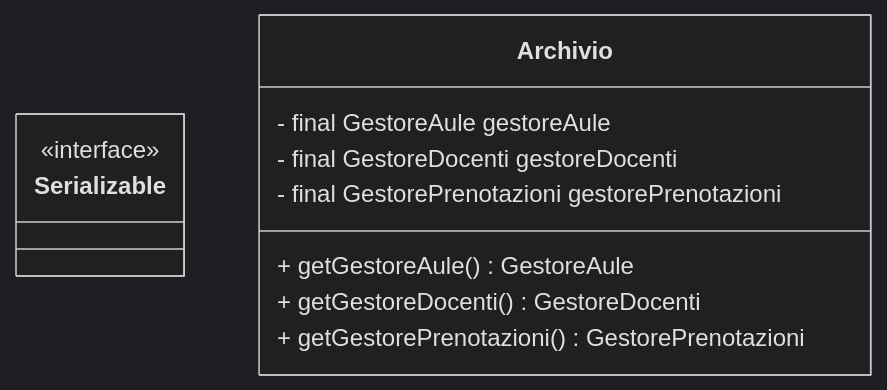
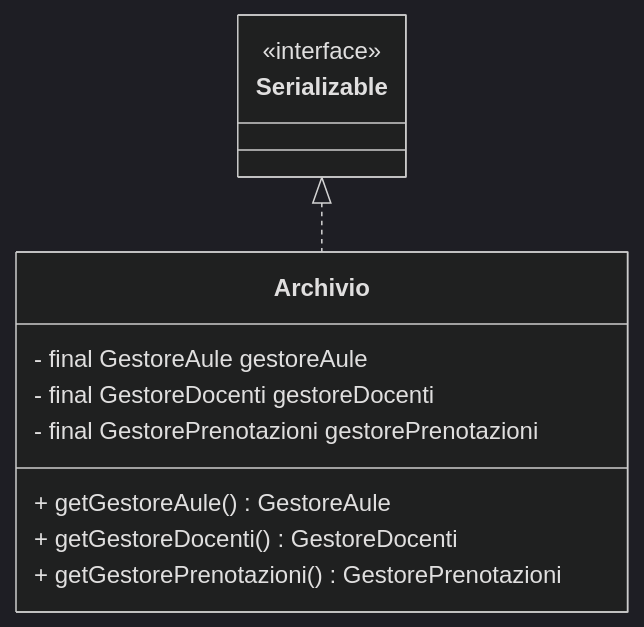
Before and after one commit to gcarbone48/PrenotazioneAule5: the diagram in diagrams/class diagrams/archivioClassDiagram.md, drawn with Mermaid (dark theme). The commit also changed 1 other file, not shown here.

Commit message:
FEAT:  - aggiunta interfaccia Serializable in gestorePrenotazioniClassDiagram.md  - aggiunta relazione tra Serializable e archivio in archivioClassDiagram.md

````diff
--- a/diagrams/class diagrams/archivioClassDiagram.md
+++ b/diagrams/class diagrams/archivioClassDiagram.md
@@ -1,20 +1,22 @@
 ```mermaid
 classDiagram
 
     class Serializable {
              <<interface>>
     }
+
+    Serializable <|.. Archivio
 
     class Archivio{
     - final GestoreAule gestoreAule
     - final GestoreDocenti gestoreDocenti
     - final GestorePrenotazioni gestorePrenotazioni
 
     %% getter
     
     + getGestoreAule() GestoreAule
     + getGestoreDocenti() GestoreDocenti
     + getGestorePrenotazioni() GestorePrenotazioni
     }
 
 ```
````
